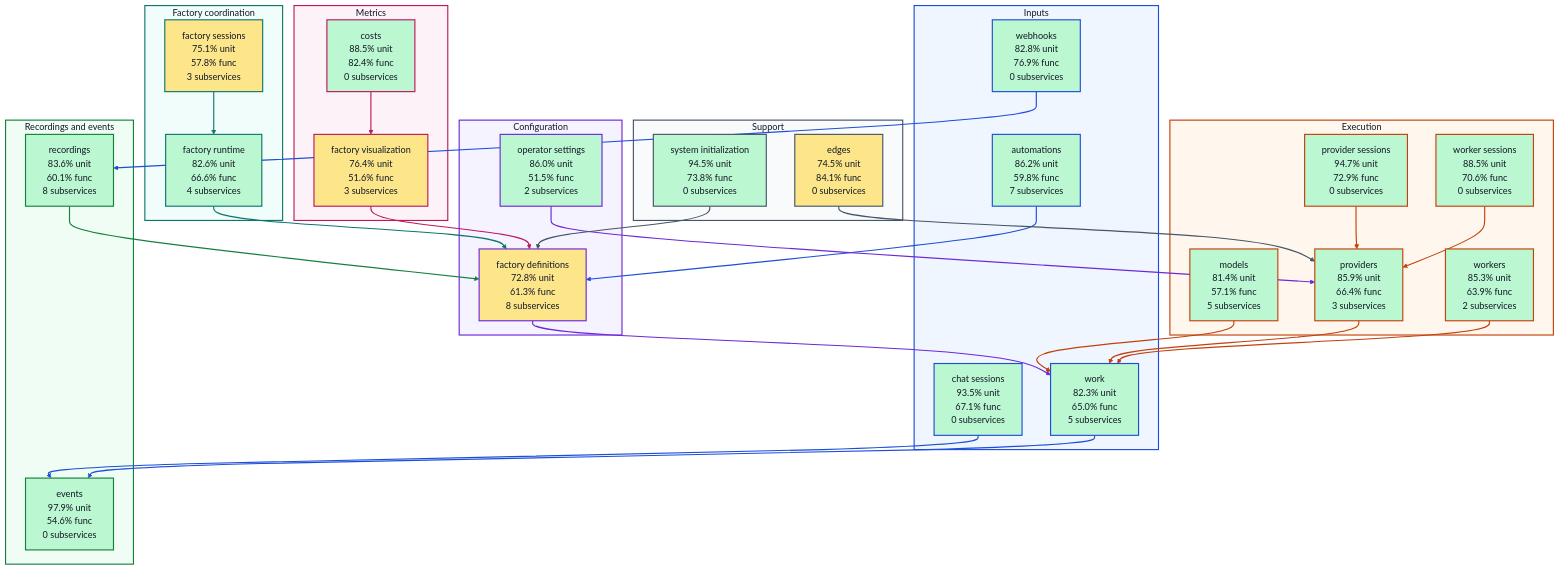
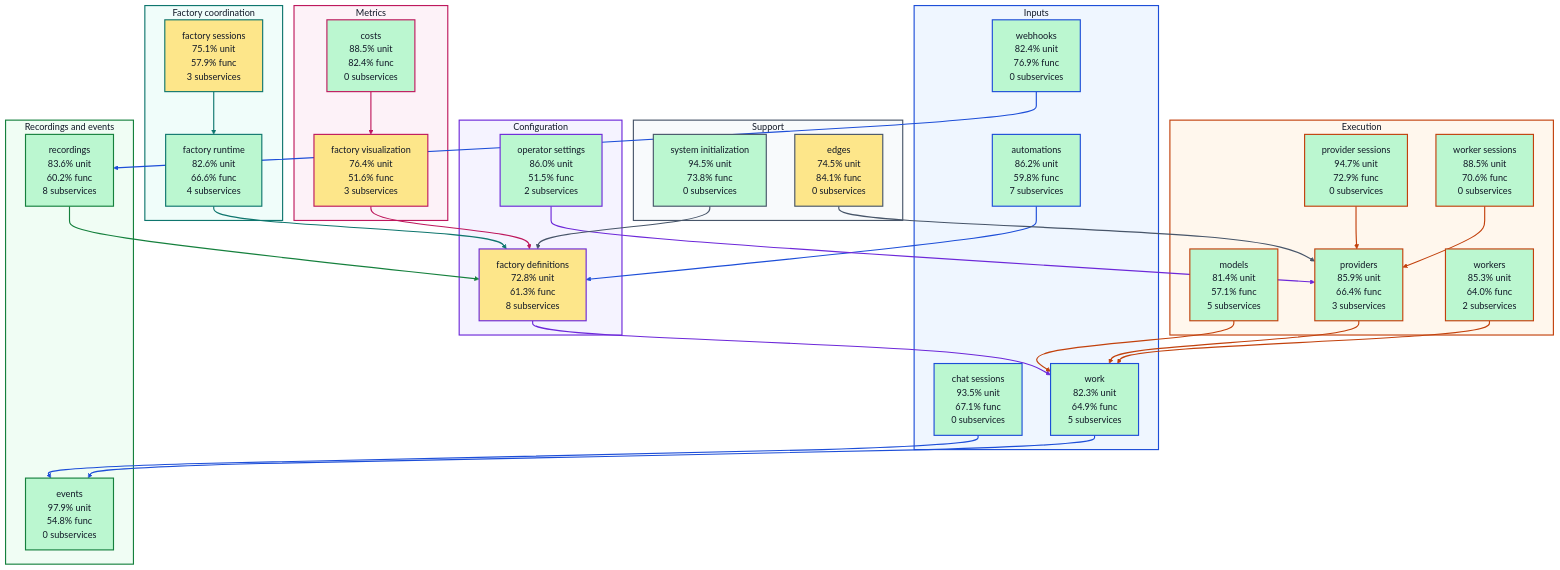
Before and after one commit to portpowered/you-agent-factory: the diagram in docs/architecture/visualizations/high-level-test-coverage.md, drawn with Mermaid. The commit also changed other lines of this file and 20 other files, not shown here.

Commit message:
docs: refresh backend architecture visualizations

```diff
--- a/docs/architecture/visualizations/high-level-test-coverage.md
+++ b/docs/architecture/visualizations/high-level-test-coverage.md
@@ -13,8 +13,8 @@
   subgraph input["Inputs"]
     s_services_automations["automations<br/>86.2% unit<br/>59.8% func<br/>7 subservices"]
     s_services_chat_sessions["chat sessions<br/>93.5% unit<br/>67.1% func<br/>0 subservices"]
-    s_services_webhooks["webhooks<br/>82.8% unit<br/>76.9% func<br/>0 subservices"]
-    s_services_work["work<br/>82.3% unit<br/>65.0% func<br/>5 subservices"]
+    s_services_webhooks["webhooks<br/>82.4% unit<br/>76.9% func<br/>0 subservices"]
+    s_services_work["work<br/>82.3% unit<br/>64.9% func<br/>5 subservices"]
   end
   subgraph configuration["Configuration"]
     s_services_factory_definitions["factory definitions<br/>72.8% unit<br/>61.3% func<br/>8 subservices"]
@@ -22,18 +22,18 @@
   end
   subgraph coordination["Factory coordination"]
     s_services_factory_runtime["factory runtime<br/>82.6% unit<br/>66.6% func<br/>4 subservices"]
-    s_services_factory_sessions["factory sessions<br/>75.1% unit<br/>57.8% func<br/>3 subservices"]
+    s_services_factory_sessions["factory sessions<br/>75.1% unit<br/>57.9% func<br/>3 subservices"]
   end
   subgraph execution["Execution"]
     s_services_models["models<br/>81.4% unit<br/>57.1% func<br/>5 subservices"]
     s_services_provider_sessions["provider sessions<br/>94.7% unit<br/>72.9% func<br/>0 subservices"]
     s_services_providers["providers<br/>85.9% unit<br/>66.4% func<br/>3 subservices"]
     s_services_worker_sessions["worker sessions<br/>88.5% unit<br/>70.6% func<br/>0 subservices"]
-    s_services_workers["workers<br/>85.3% unit<br/>63.9% func<br/>2 subservices"]
+    s_services_workers["workers<br/>85.3% unit<br/>64.0% func<br/>2 subservices"]
   end
   subgraph recordings["Recordings and events"]
-    s_services_events["events<br/>97.9% unit<br/>54.6% func<br/>0 subservices"]
-    s_services_recordings["recordings<br/>83.6% unit<br/>60.1% func<br/>8 subservices"]
+    s_services_events["events<br/>97.9% unit<br/>54.8% func<br/>0 subservices"]
+    s_services_recordings["recordings<br/>83.6% unit<br/>60.2% func<br/>8 subservices"]
   end
   subgraph metrics["Metrics"]
     s_services_costs["costs<br/>88.5% unit<br/>82.4% func<br/>0 subservices"]
```
